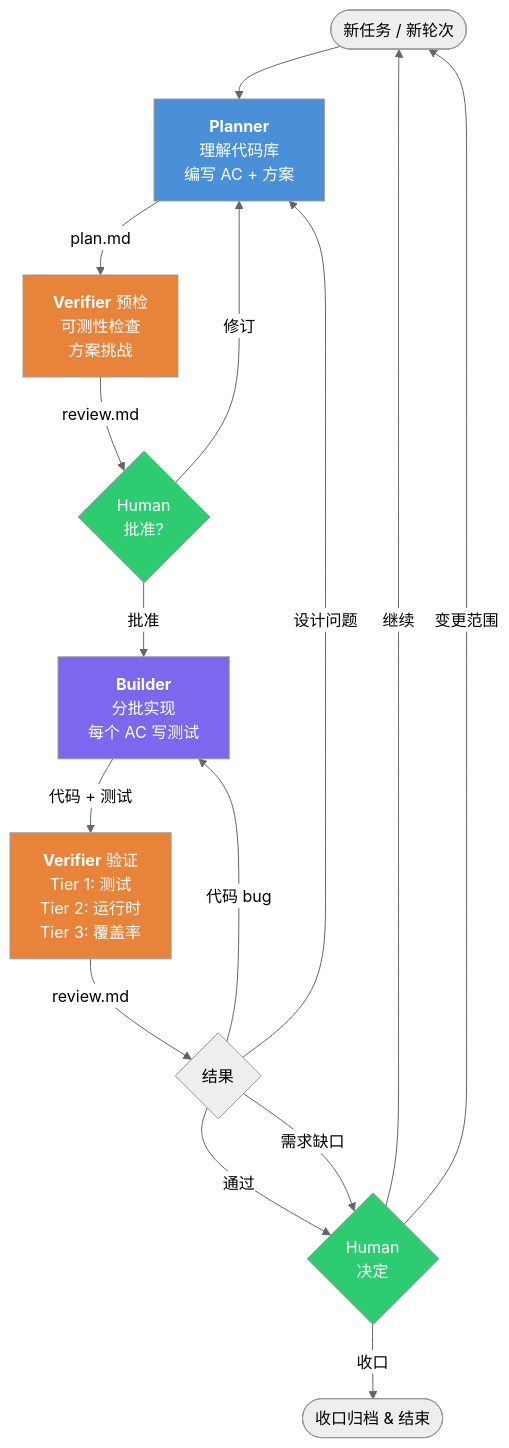
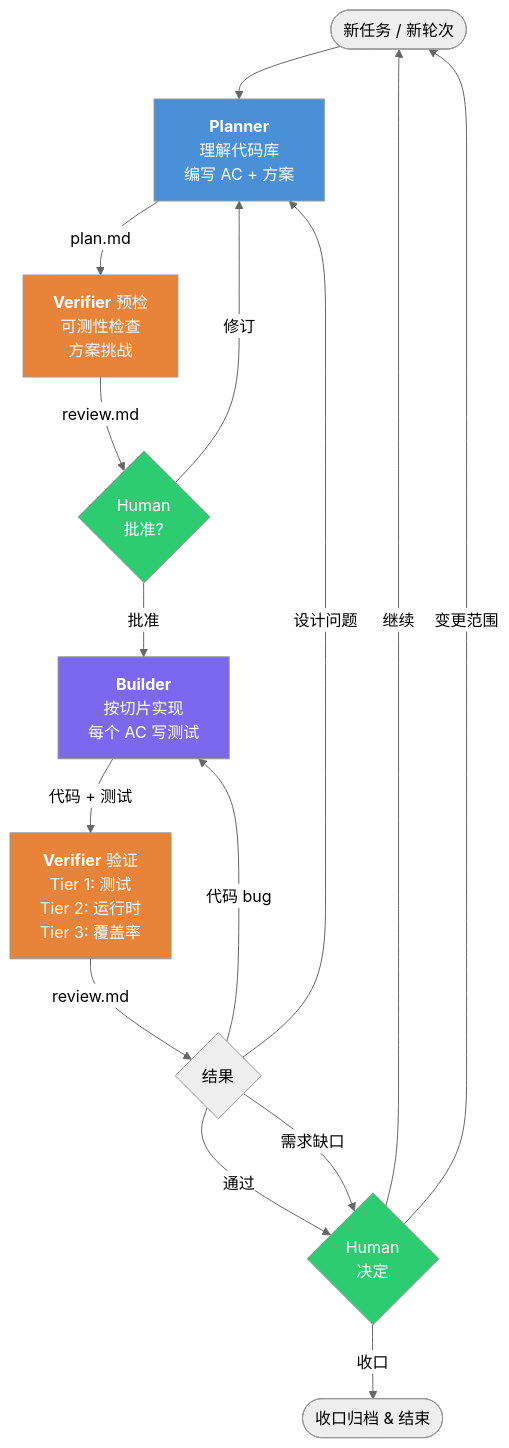
One commit to hex1n/baton changed the first of 2 diagrams in README.zh-CN.md. Above: the diagram before and after it, drawn with Mermaid (neutral theme). The commit also changed other lines of this file and 31 other files, not shown here.

````diff
--- a/README.zh-CN.md
+++ b/README.zh-CN.md
@@ -91,29 +91,29 @@
 ```mermaid
 flowchart TD
     Start([新任务 / 新轮次]) --> Planner
     Planner["<b>Planner</b><br/>理解代码库<br/>编写 AC + 方案"] -->|plan.md| PreFlight
     PreFlight["<b>Verifier</b> 预检<br/>可测性检查<br/>方案挑战"] -->|review.md| HumanApprove
     HumanApprove{Human<br/>批准?}
     HumanApprove -->|修订| Planner
     HumanApprove -->|批准| Builder
-    Builder["<b>Builder</b><br/>分批实现<br/>每个 AC 写测试"] -->|代码 + 测试| Verify
+    Builder["<b>Builder</b><br/>按切片实现<br/>每个 AC 写测试"] -->|代码 + 测试| Verify
     Verify["<b>Verifier</b> 验证<br/>Tier 1: 测试<br/>Tier 2: 运行时<br/>Tier 3: 覆盖率"] -->|review.md| Verdict
 
     Verdict{结果}
     Verdict -->|"通过"| HumanNext
     Verdict -->|"代码 bug"| Builder
     Verdict -->|"设计问题"| Planner
     Verdict -->|"需求缺口"| HumanNext
 
     HumanNext{Human<br/>决定}
     HumanNext -->|继续| Start
     HumanNext -->|变更范围| Start
     HumanNext -->|收口| Archive([收口归档 & 结束])
 
     style Planner fill:#4A90D9,color:#fff
     style Builder fill:#7B68EE,color:#fff
     style PreFlight fill:#E8833A,color:#fff
     style Verify fill:#E8833A,color:#fff
     style HumanApprove fill:#2ECC71,color:#fff
     style HumanNext fill:#2ECC71,color:#fff
 ```
````
